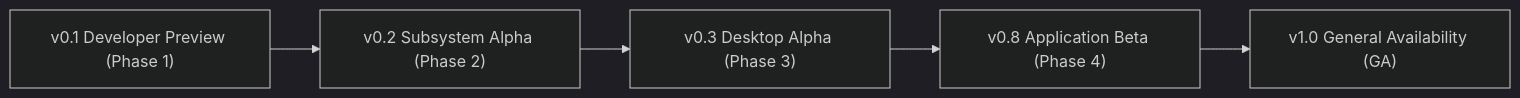
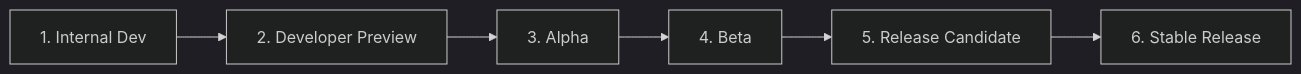
Before and after one commit to sagarmurkute/SagarOS: the first of 2 diagrams in docs/product/RELEASE-DEFINITION.md, drawn with Mermaid (dark theme). The commit also changed other lines of this file, not shown here.

Commit message:
docs(product): establish comprehensive release definition, quality gates, and readiness criteria

````diff
--- a/docs/product/RELEASE-DEFINITION.md
+++ b/docs/product/RELEASE-DEFINITION.md
@@ -11,7 +31,8 @@
 ```mermaid
 flowchart LR
-    V01["v0.1 Developer Preview (Phase 1)"] --> V02["v0.2 Subsystem Alpha (Phase 2)"]
-    V02 --> V03["v0.3 Desktop Alpha (Phase 3)"]
-    V03 --> V08["v0.8 Application Beta (Phase 4)"]
-    V08 --> V10["v1.0 General Availability (GA)"]
+    Internal["1. Internal Dev"] --> DevPreview["2. Developer Preview"]
+    DevPreview --> Alpha["3. Alpha"]
+    Alpha --> Beta["4. Beta"]
+    Beta --> RC["5. Release Candidate"]
+    RC --> Stable["6. Stable Release"]
 ```
````
